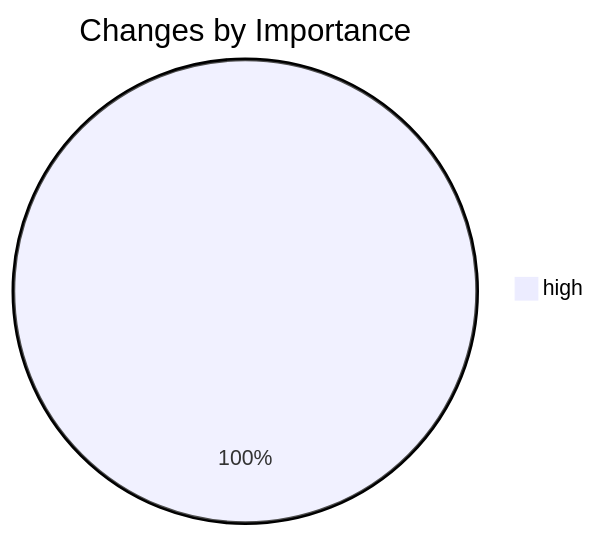
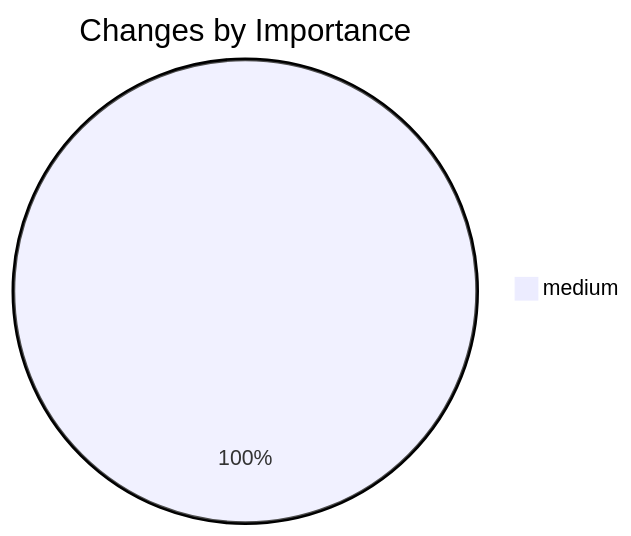
Before and after one commit to Juls95/DocWeave: the seventh of 7 diagrams in DocweaveDocs/DIAGRAMS.md, drawn with Mermaid. The commit also changed other lines of this file and 4 other files, not shown here.

````diff
--- a/DocweaveDocs/DIAGRAMS.md
+++ b/DocweaveDocs/DIAGRAMS.md
@@ -160,4 +98,4 @@
 ```mermaid
 pie title Changes by Importance
-    "high" : 1
+    "medium" : 1
 ```
````
